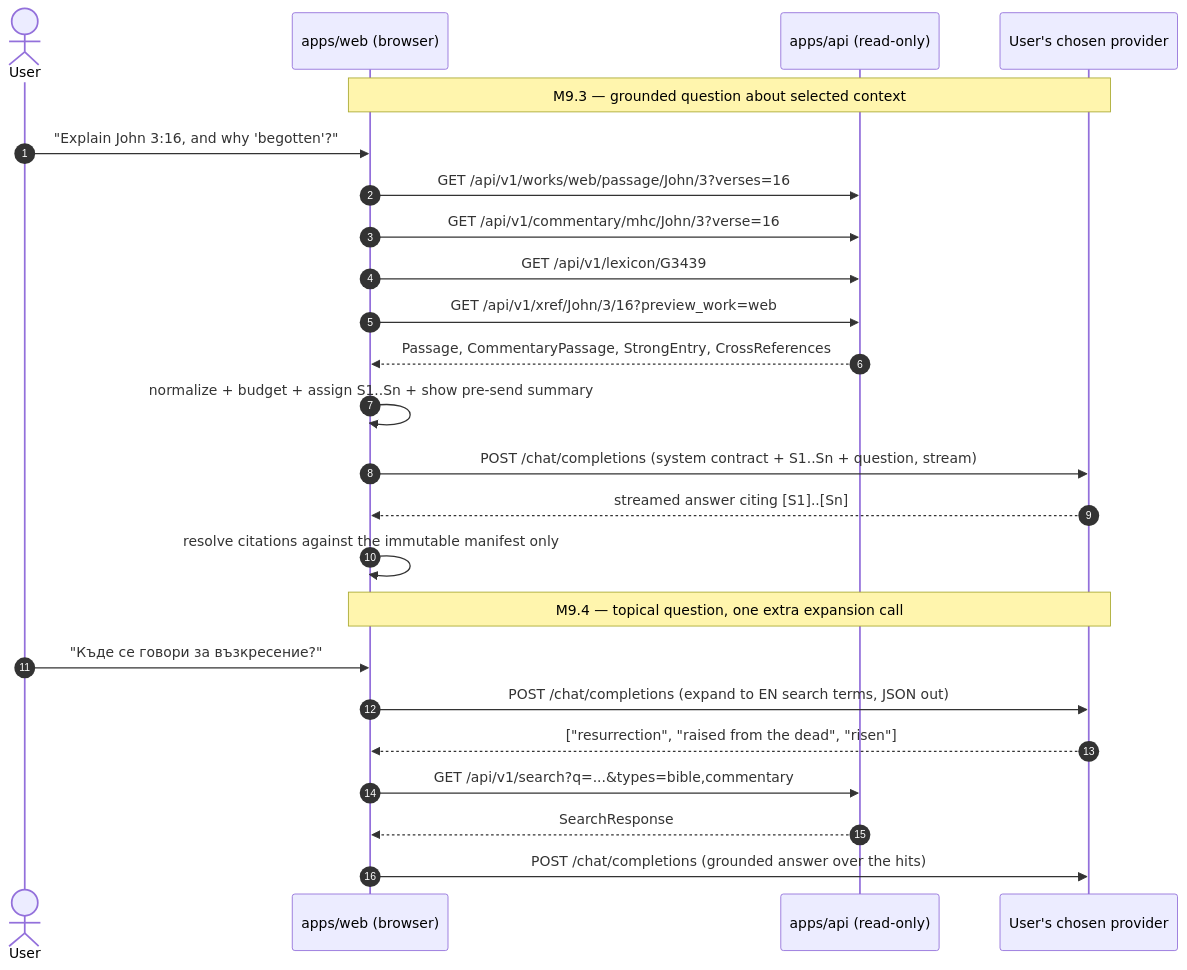
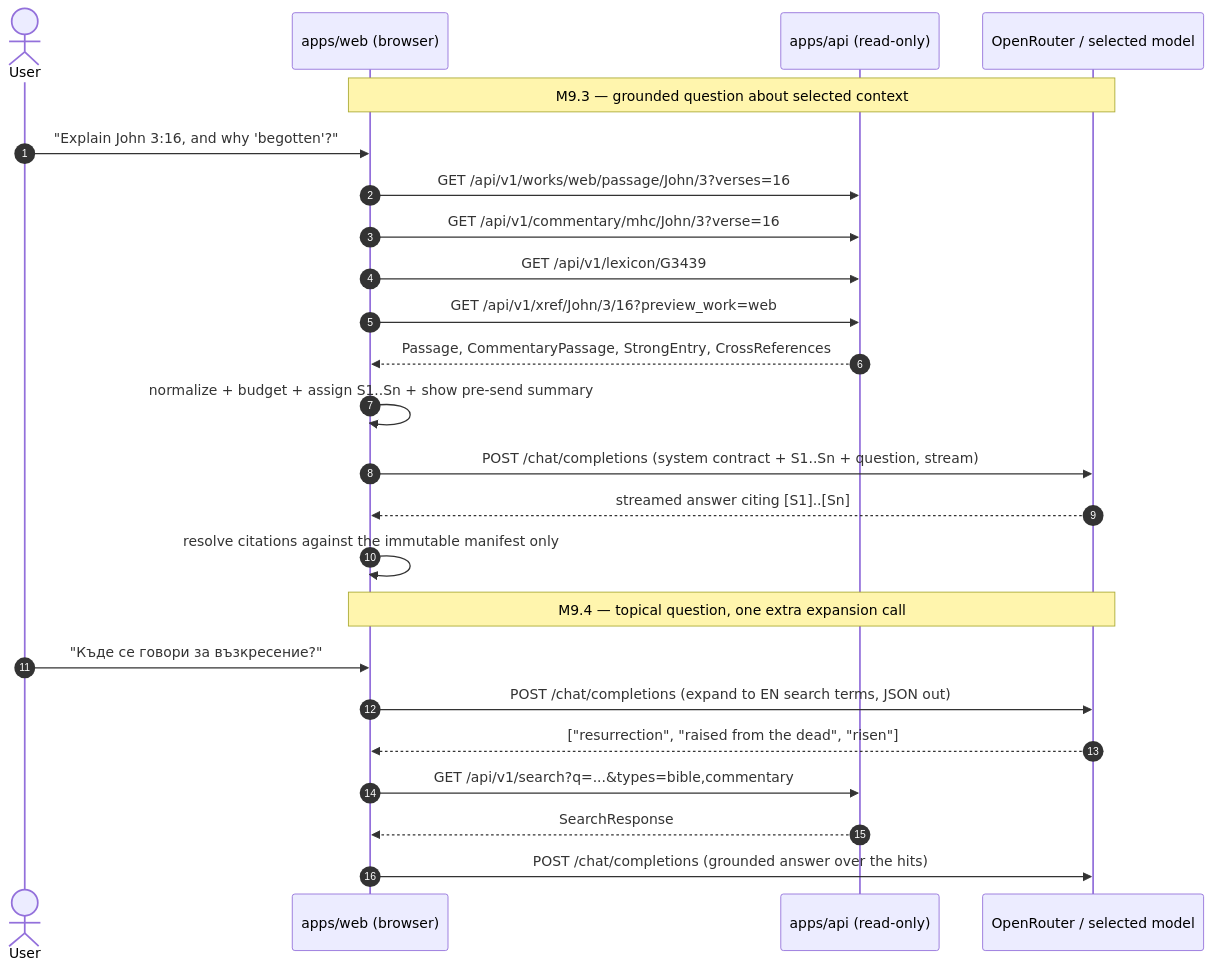
Before and after one commit to htrendafilov/DidacheDynamis: the diagram in plan/interactive_chat_plan.md, drawn with Mermaid. The commit also changed other lines of this file and 6 other files, not shown here.

Commit message:
docs: make M9 OpenRouter-only

````diff
--- a/plan/interactive_chat_plan.md
+++ b/plan/interactive_chat_plan.md
@@ -92,28 +92,28 @@
 ```mermaid
 sequenceDiagram
     autonumber
     actor User
     participant Web as apps/web (browser)
     participant API as apps/api (read-only)
-    participant LLM as User's chosen provider
+    participant LLM as OpenRouter / selected model
 
     Note over Web,LLM: M9.3 — grounded question about selected context
     User->>Web: "Explain John 3:16, and why 'begotten'?"
     Web->>API: GET /api/v1/works/web/passage/John/3?verses=16
     Web->>API: GET /api/v1/commentary/mhc/John/3?verse=16
     Web->>API: GET /api/v1/lexicon/G3439
     Web->>API: GET /api/v1/xref/John/3/16?preview_work=web
     API-->>Web: Passage, CommentaryPassage, StrongEntry, CrossReferences
     Web->>Web: normalize + budget + assign S1..Sn + show pre-send summary
     Web->>LLM: POST /chat/completions (system contract + S1..Sn + question, stream)
     LLM-->>Web: streamed answer citing [S1]..[Sn]
     Web->>Web: resolve citations against the immutable manifest only
 
     Note over Web,LLM: M9.4 — topical question, one extra expansion call
     User->>Web: "Къде се говори за възкресение?"
     Web->>LLM: POST /chat/completions (expand to EN search terms, JSON out)
     LLM-->>Web: ["resurrection", "raised from the dead", "risen"]
     Web->>API: GET /api/v1/search?q=...&types=bible,commentary
     API-->>Web: SearchResponse
     Web->>LLM: POST /chat/completions (grounded answer over the hits)
 ```
````
